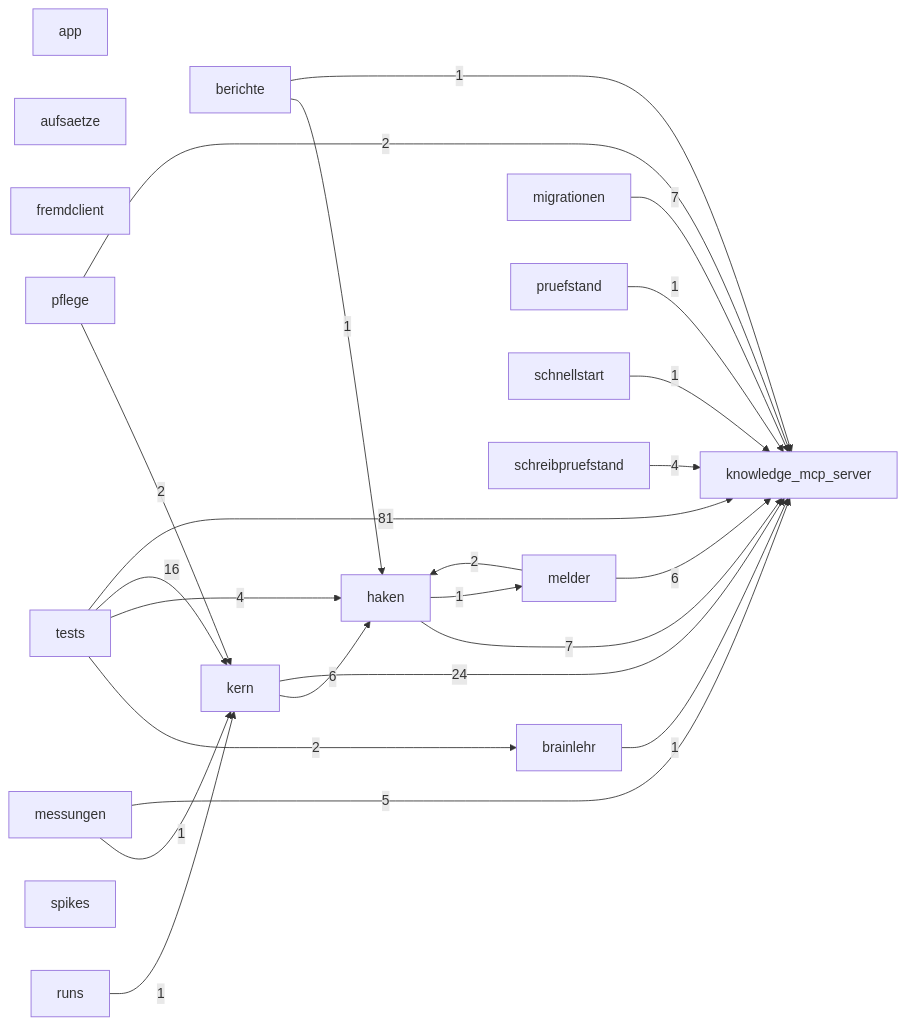
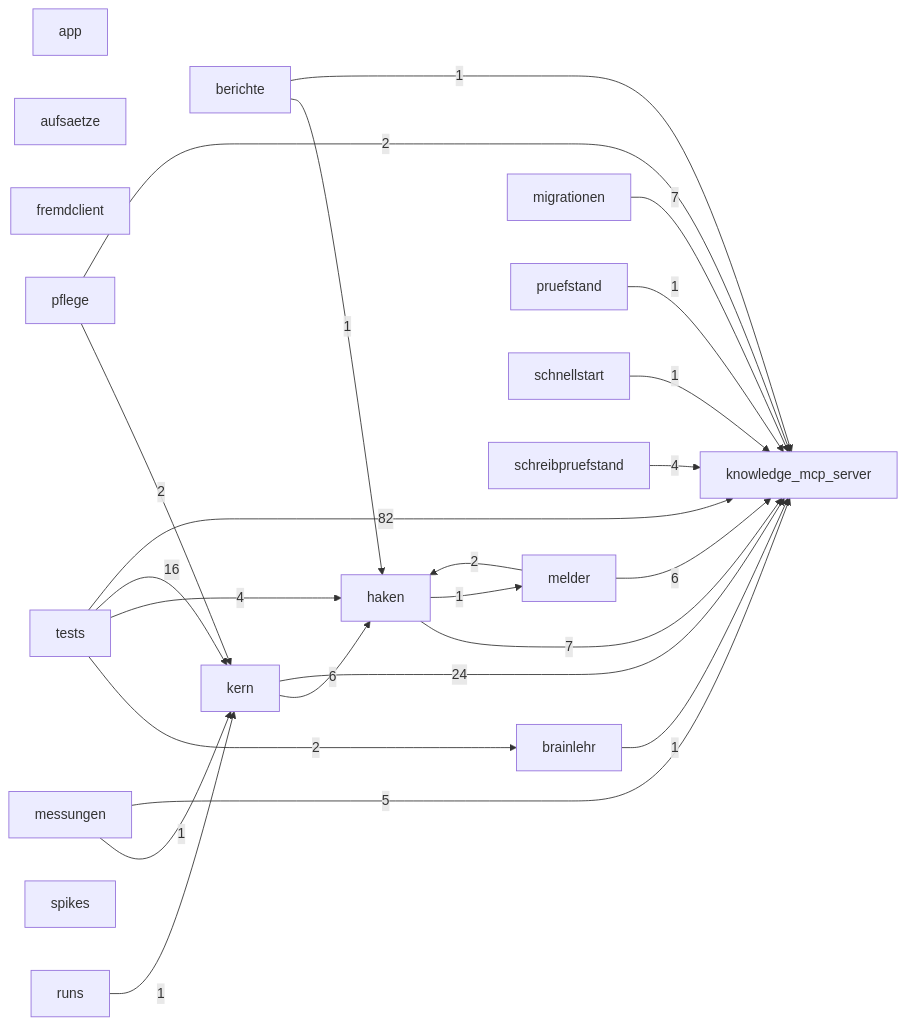
The diagram in docs/karten/code-brainlehr.md (3lehr/brainlehr), drawn with Mermaid before and after one commit. The commit also changed 3 other files, not shown here.

````diff
--- a/docs/karten/code-brainlehr.md
+++ b/docs/karten/code-brainlehr.md
@@ -5,43 +5,43 @@
 ```mermaid
 graph LR
   app["app"]
   aufsaetze["aufsaetze"]
   berichte["berichte"]
   brainlehr["brainlehr"]
   fremdclient["fremdclient"]
   haken["haken"]
   kern["kern"]
   knowledge_mcp_server["knowledge_mcp_server"]
   melder["melder"]
   messungen["messungen"]
   migrationen["migrationen"]
   pflege["pflege"]
   pruefstand["pruefstand"]
   runs["runs"]
   schnellstart["schnellstart"]
   schreibpruefstand["schreibpruefstand"]
   spikes["spikes"]
   tests["tests"]
   berichte -->|1| haken
   berichte -->|1| knowledge_mcp_server
   brainlehr -->|1| knowledge_mcp_server
   haken -->|7| knowledge_mcp_server
   haken -->|1| melder
   kern -->|6| haken
   kern -->|24| knowledge_mcp_server
   melder -->|2| haken
   melder -->|6| knowledge_mcp_server
   messungen -->|1| kern
   messungen -->|5| knowledge_mcp_server
   migrationen -->|7| knowledge_mcp_server
   pflege -->|2| kern
   pflege -->|2| knowledge_mcp_server
   pruefstand -->|1| knowledge_mcp_server
   runs -->|1| kern
   schnellstart -->|1| knowledge_mcp_server
   schreibpruefstand -->|4| knowledge_mcp_server
   tests -->|2| brainlehr
   tests -->|4| haken
   tests -->|16| kern
-  tests -->|81| knowledge_mcp_server
+  tests -->|82| knowledge_mcp_server
 ```
````
